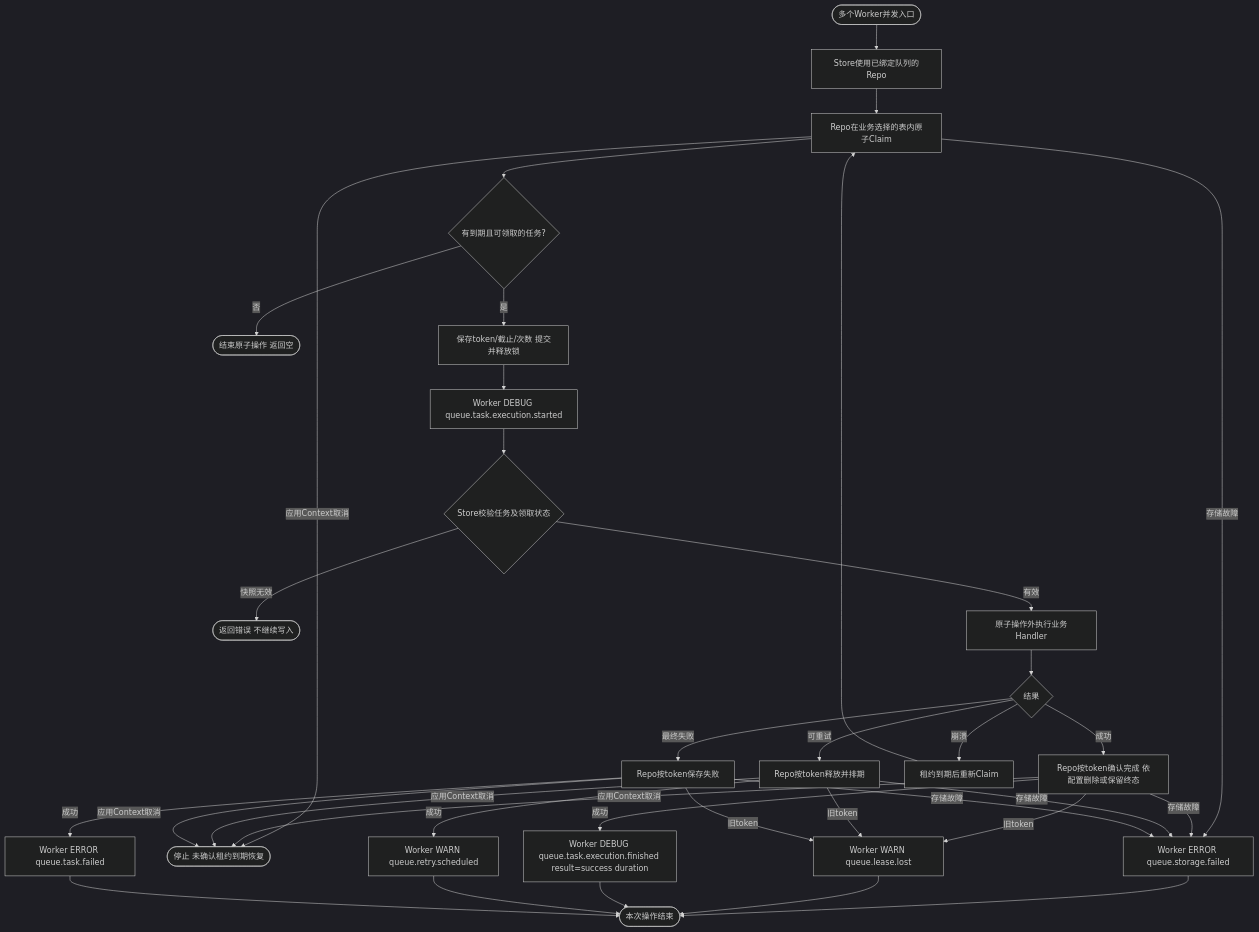
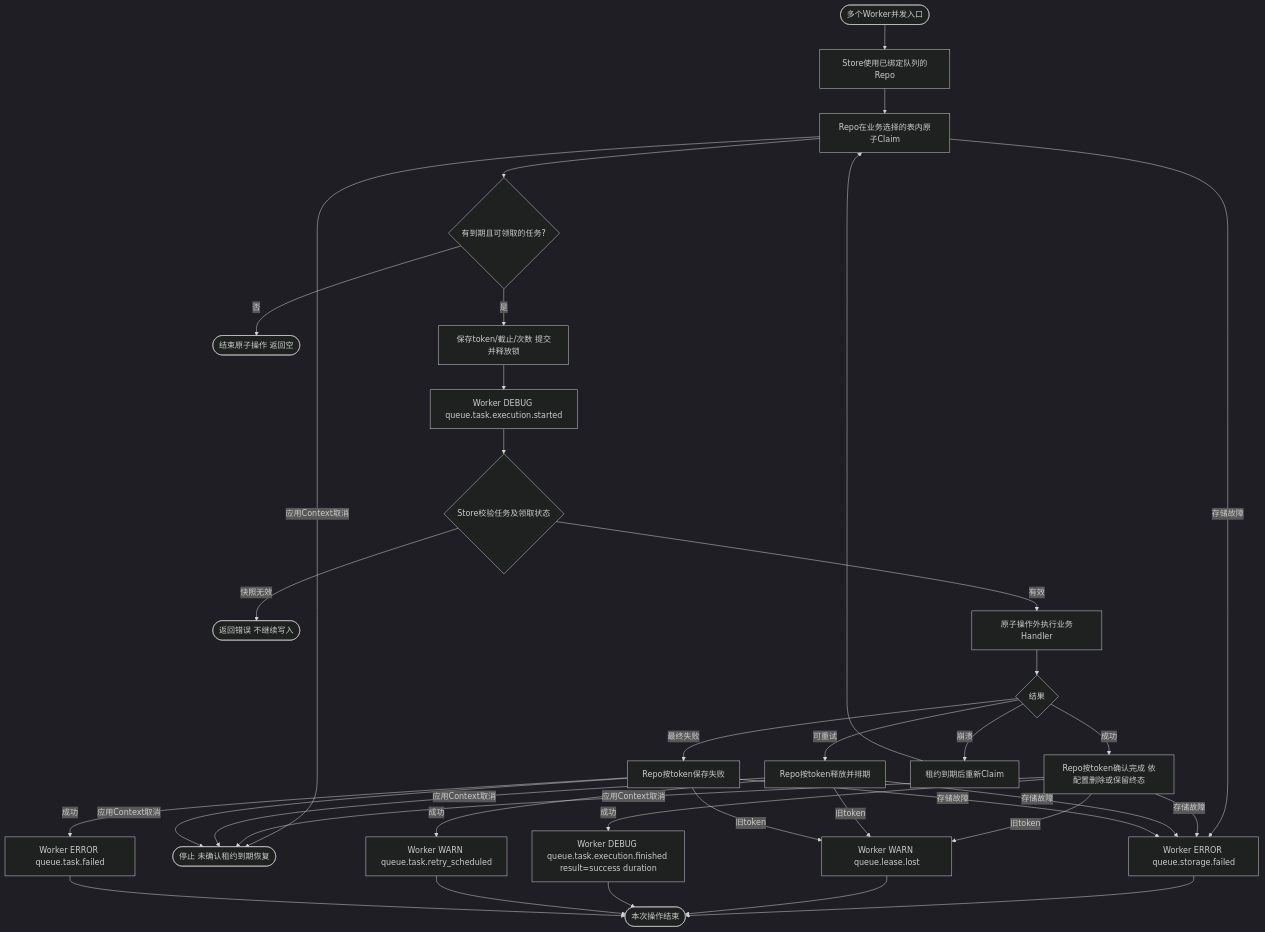
The second of 2 diagrams in contrib/queue/database/README.md (jaggerzhuang1994/kratos-foundation), drawn with Mermaid (dark theme) before and after one commit. The commit also changed 56 other files, not shown here.

````diff
--- a/contrib/queue/database/README.md
+++ b/contrib/queue/database/README.md
@@ -136,25 +136,25 @@
 ```mermaid
 flowchart TD
     A([多个Worker并发入口]) --> B[Store使用已绑定队列的Repo]
     B --> C[Repo在业务选择的表内原子Claim]
     C --> D{有到期且可领取的任务?}
     D -- 否 --> E([结束原子操作 返回空])
     D -- 是 --> F[保存token/截止/次数 提交并释放锁]
     F --> FS[Worker DEBUG queue.task.execution.started]
     FS --> G{Store校验任务及领取状态}
     G -- 快照无效 --> H([返回错误 不继续写入])
     G -- 有效 --> J[原子操作外执行业务Handler]
     J --> K{结果}
     K -- 成功 --> L[Repo按token确认完成 依配置删除或保留终态]
     K -- 可重试 --> M[Repo按token释放并排期]
     K -- 最终失败 --> N[Repo按token保存失败]
     K -- 崩溃 --> O[租约到期后重新Claim]
     O --> C
     C & L & M & N -- 存储故障 --> P[Worker ERROR queue.storage.failed]
     C & L & M & N -- 应用Context取消 --> U([停止 未确认租约到期恢复])
     L & M & N -- 旧token --> Q[Worker WARN queue.lease.lost]
     L -- 成功 --> R[Worker DEBUG queue.task.execution.finished result=success duration]
-    M -- 成功 --> S[Worker WARN queue.retry.scheduled]
+    M -- 成功 --> S[Worker WARN queue.task.retry_scheduled]
     N -- 成功 --> T[Worker ERROR queue.task.failed]
     P & Q & R & S & T --> Z([本次操作结束])
 ```
````
